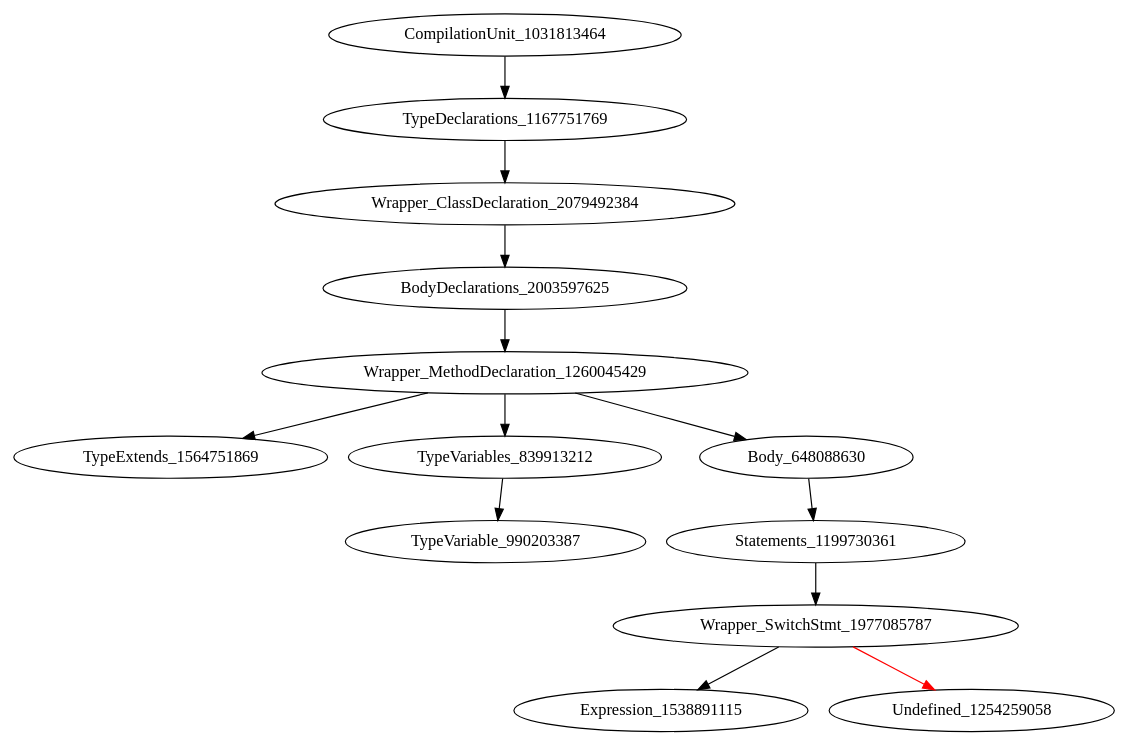
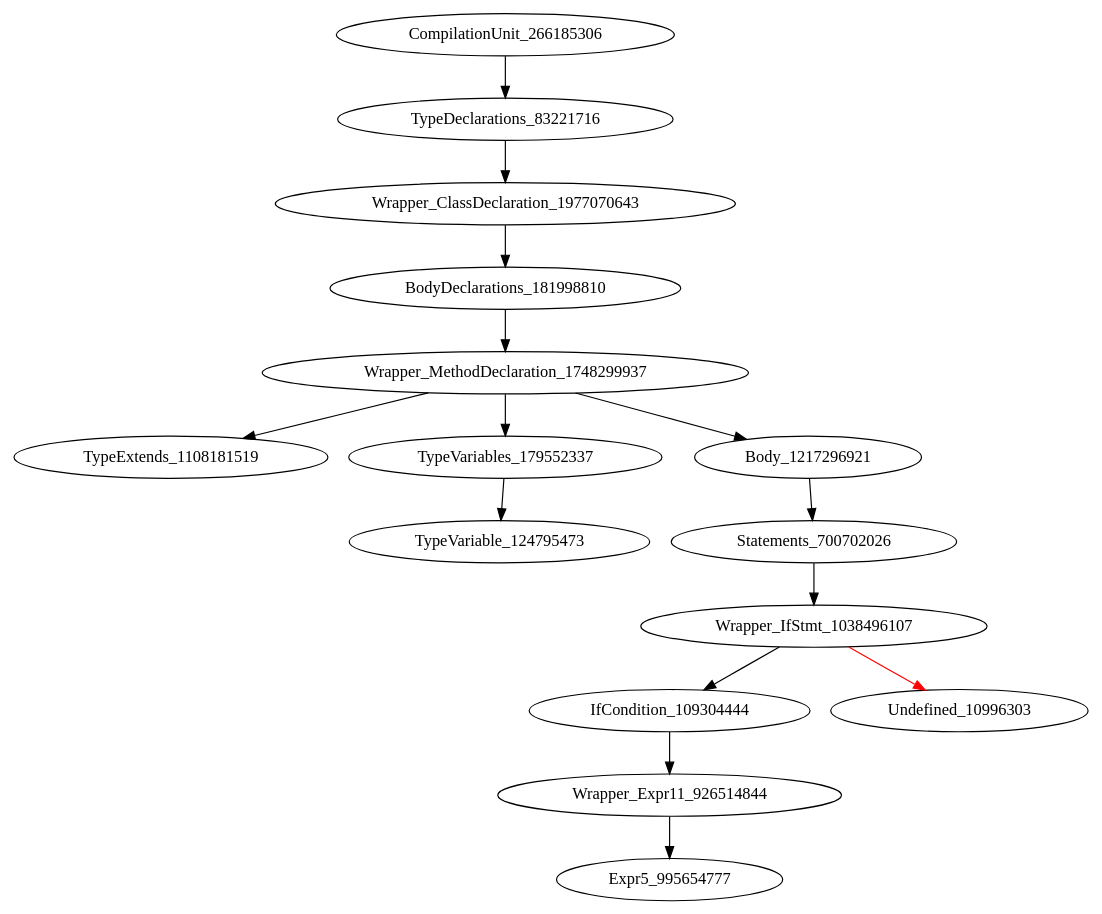
Before and after one commit to icse2023material/VoiceJava: the diagram in holeAST.dot, drawn with Graphviz. The commit also changed 8 other files, not shown here.

```diff
--- a/holeAST.dot
+++ b/holeAST.dot
@@ -1,14 +1,16 @@
 digraph {
-CompilationUnit_1031813464 -> TypeDeclarations_1167751769
-TypeDeclarations_1167751769 -> Wrapper_ClassDeclaration_2079492384
-Wrapper_ClassDeclaration_2079492384 -> BodyDeclarations_2003597625
-BodyDeclarations_2003597625 -> Wrapper_MethodDeclaration_1260045429
-Wrapper_MethodDeclaration_1260045429 -> TypeExtends_1564751869
-Wrapper_MethodDeclaration_1260045429 -> TypeVariables_839913212
-Wrapper_MethodDeclaration_1260045429 -> Body_648088630
-TypeVariables_839913212 -> TypeVariable_990203387
-Body_648088630 -> Statements_1199730361
-Statements_1199730361 -> Wrapper_SwitchStmt_1977085787
-Wrapper_SwitchStmt_1977085787 -> Expression_1538891115
-Wrapper_SwitchStmt_1977085787 -> Undefined_1254259058 [color = red] 
+CompilationUnit_266185306 -> TypeDeclarations_83221716
+TypeDeclarations_83221716 -> Wrapper_ClassDeclaration_1977070643
+Wrapper_ClassDeclaration_1977070643 -> BodyDeclarations_181998810
+BodyDeclarations_181998810 -> Wrapper_MethodDeclaration_1748299937
+Wrapper_MethodDeclaration_1748299937 -> TypeExtends_1108181519
+Wrapper_MethodDeclaration_1748299937 -> TypeVariables_179552337
+Wrapper_MethodDeclaration_1748299937 -> Body_1217296921
+TypeVariables_179552337 -> TypeVariable_124795473
+Body_1217296921 -> Statements_700702026
+Statements_700702026 -> Wrapper_IfStmt_1038496107
+Wrapper_IfStmt_1038496107 -> IfCondition_109304444
+Wrapper_IfStmt_1038496107 -> Undefined_10996303 [color = red] 
+IfCondition_109304444 -> Wrapper_Expr11_926514844
+Wrapper_Expr11_926514844 -> Expr5_995654777
 }
```
